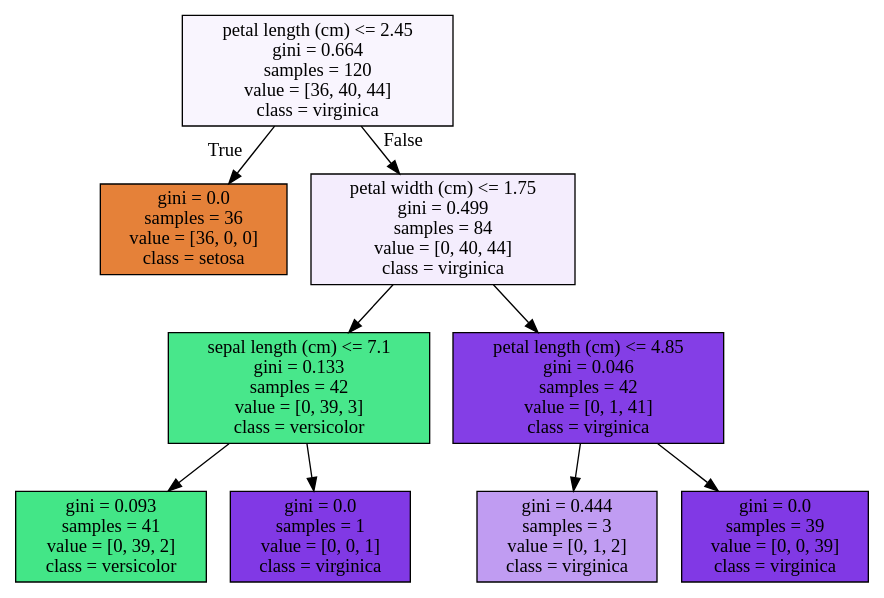
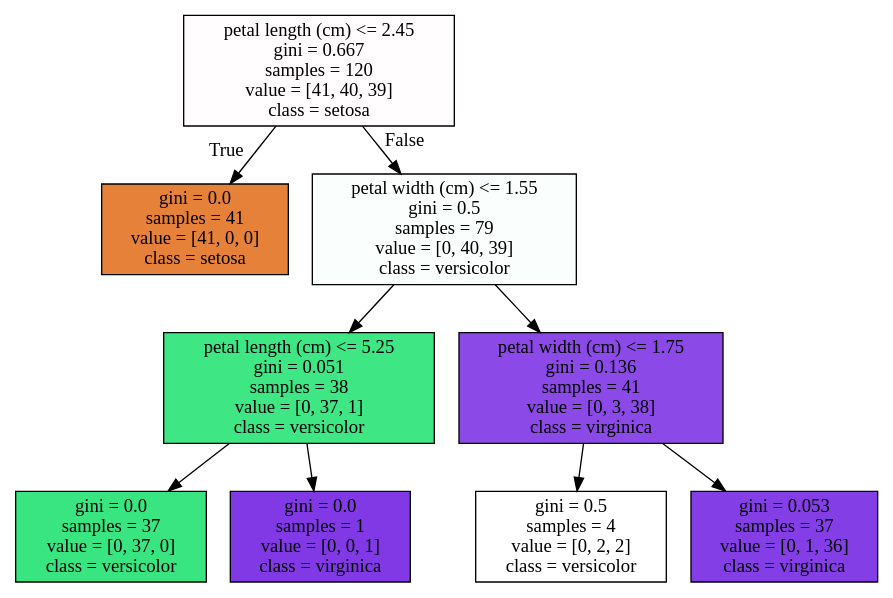
Before and after one commit to minwooking/03.Machine-Learning-Lecture-2021: the diagram in 03.분류/tree2.dot, drawn with Graphviz. The commit also changed 11 other files, not shown here.

```diff
--- a/03.분류/tree2.dot
+++ b/03.분류/tree2.dot
@@ -1,20 +1,20 @@
 digraph Tree {
 node [shape=box, style="filled", color="black"] ;
-0 [label="petal length (cm) <= 2.45\ngini = 0.664\nsamples = 120\nvalue = [36, 40, 44]\nclass = virginica", fillcolor="#f9f5fe"] ;
-1 [label="gini = 0.0\nsamples = 36\nvalue = [36, 0, 0]\nclass = setosa", fillcolor="#e58139"] ;
+0 [label="petal length (cm) <= 2.45\ngini = 0.667\nsamples = 120\nvalue = [41, 40, 39]\nclass = setosa", fillcolor="#fffdfd"] ;
+1 [label="gini = 0.0\nsamples = 41\nvalue = [41, 0, 0]\nclass = setosa", fillcolor="#e58139"] ;
 0 -> 1 [labeldistance=2.5, labelangle=45, headlabel="True"] ;
-2 [label="petal width (cm) <= 1.75\ngini = 0.499\nsamples = 84\nvalue = [0, 40, 44]\nclass = virginica", fillcolor="#f4edfd"] ;
+2 [label="petal width (cm) <= 1.55\ngini = 0.5\nsamples = 79\nvalue = [0, 40, 39]\nclass = versicolor", fillcolor="#fafefc"] ;
 0 -> 2 [labeldistance=2.5, labelangle=-45, headlabel="False"] ;
-3 [label="sepal length (cm) <= 7.1\ngini = 0.133\nsamples = 42\nvalue = [0, 39, 3]\nclass = versicolor", fillcolor="#48e78b"] ;
+3 [label="petal length (cm) <= 5.25\ngini = 0.051\nsamples = 38\nvalue = [0, 37, 1]\nclass = versicolor", fillcolor="#3ee684"] ;
 2 -> 3 ;
-4 [label="gini = 0.093\nsamples = 41\nvalue = [0, 39, 2]\nclass = versicolor", fillcolor="#43e687"] ;
+4 [label="gini = 0.0\nsamples = 37\nvalue = [0, 37, 0]\nclass = versicolor", fillcolor="#39e581"] ;
 3 -> 4 ;
 5 [label="gini = 0.0\nsamples = 1\nvalue = [0, 0, 1]\nclass = virginica", fillcolor="#8139e5"] ;
 3 -> 5 ;
-6 [label="petal length (cm) <= 4.85\ngini = 0.046\nsamples = 42\nvalue = [0, 1, 41]\nclass = virginica", fillcolor="#843ee6"] ;
+6 [label="petal width (cm) <= 1.75\ngini = 0.136\nsamples = 41\nvalue = [0, 3, 38]\nclass = virginica", fillcolor="#8b49e7"] ;
 2 -> 6 ;
-7 [label="gini = 0.444\nsamples = 3\nvalue = [0, 1, 2]\nclass = virginica", fillcolor="#c09cf2"] ;
+7 [label="gini = 0.5\nsamples = 4\nvalue = [0, 2, 2]\nclass = versicolor", fillcolor="#ffffff"] ;
 6 -> 7 ;
-8 [label="gini = 0.0\nsamples = 39\nvalue = [0, 0, 39]\nclass = virginica", fillcolor="#8139e5"] ;
+8 [label="gini = 0.053\nsamples = 37\nvalue = [0, 1, 36]\nclass = virginica", fillcolor="#843ee6"] ;
 6 -> 8 ;
 }
```
